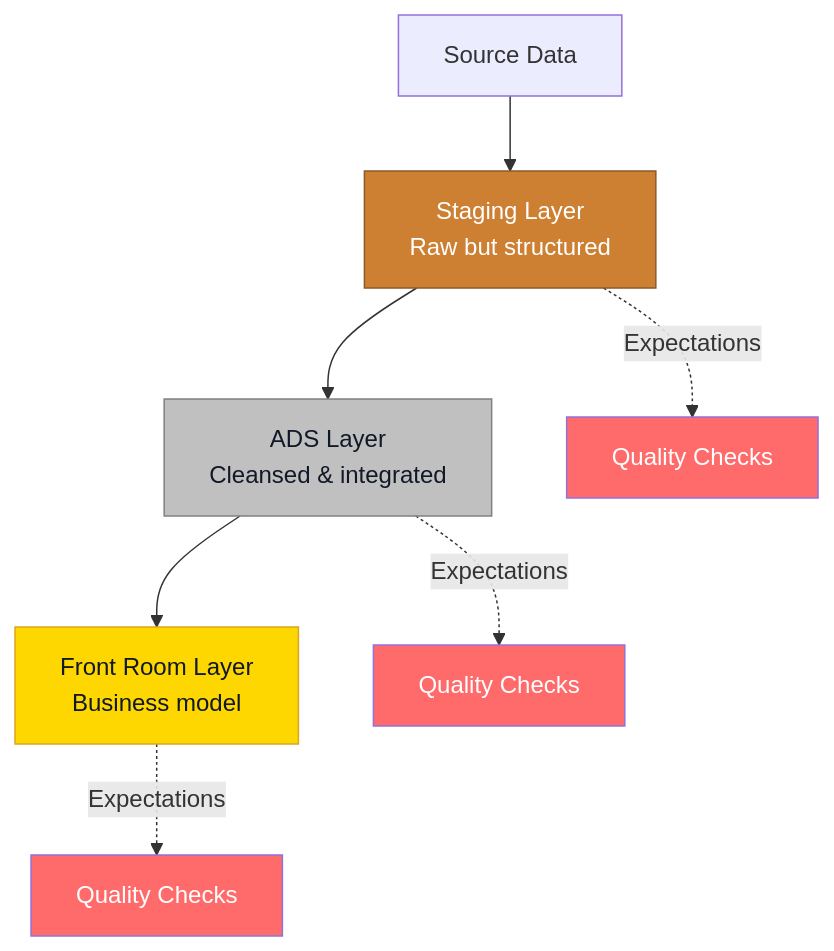
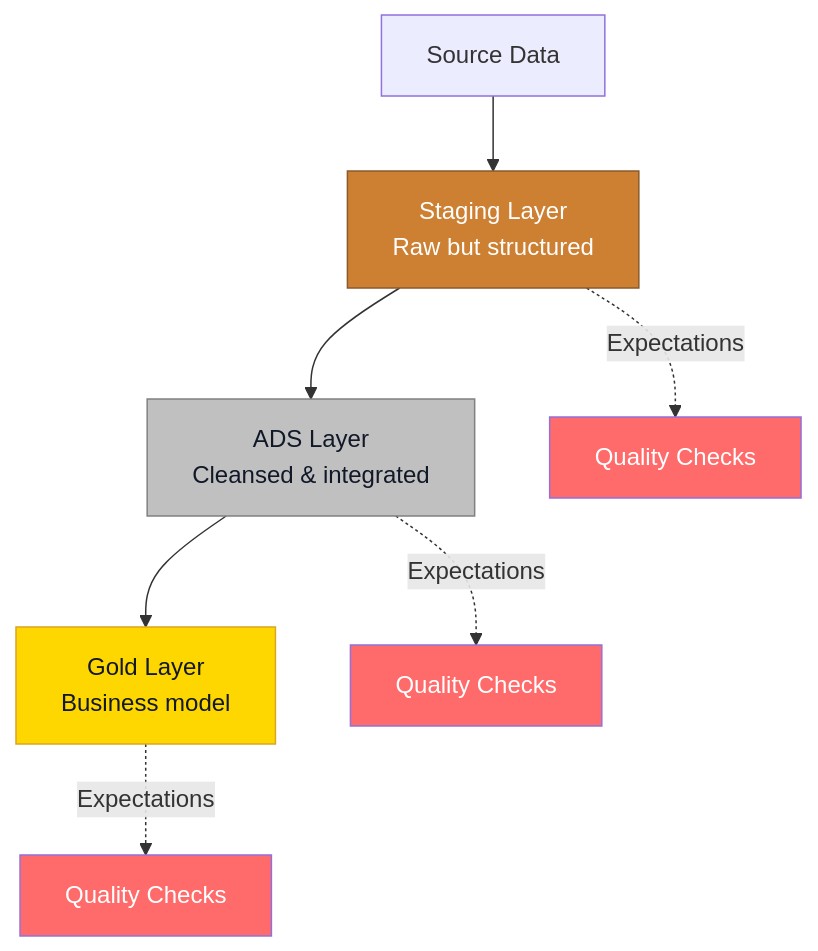
One commit to PlainsightPro/Vision-Playbook changed the fifth of 8 diagrams in Technical Guideline Ops/Databricks Best-Practices/Lakeflow ETL Guide.md. Above: the diagram before and after it, drawn with Mermaid. The commit also changed other lines of this file and 18 other files, not shown here.

````diff
--- a/Technical Guideline Ops/Databricks Best-Practices/Lakeflow ETL Guide.md
+++ b/Technical Guideline Ops/Databricks Best-Practices/Lakeflow ETL Guide.md
@@ -248,18 +248,18 @@
 ```mermaid
 %%{init: { "flowchart": { "useMaxWidth": true } } }%%
 flowchart TD
     A[Source Data] --> B[Staging Layer<br/>Raw but structured]
     B --> C[ADS Layer<br/>Cleansed & integrated]
-    C --> D[Front Room Layer<br/>Business model]
+    C --> D[Gold Layer<br/>Business model]
     
     B -.->|Expectations| B1[Quality Checks]
     C -.->|Expectations| C1[Quality Checks]
     D -.->|Expectations| D1[Quality Checks]
     
     style B fill:#cd7f32,stroke:#8b5a2b,color:#FFFFFF
     style C fill:#c0c0c0,stroke:#808080,color:#111827
     style D fill:#ffd700,stroke:#DAA520,color:#111827
     style B1 fill:#ff6b6b,color:#fff
     style C1 fill:#ff6b6b,color:#fff
     style D1 fill:#ff6b6b,color:#fff
 ```
````
